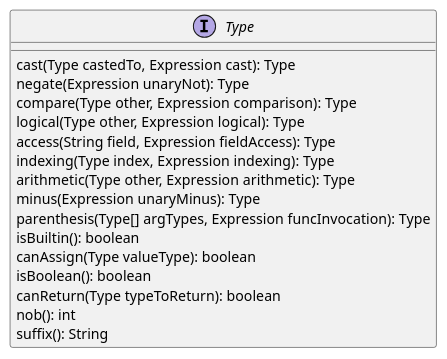
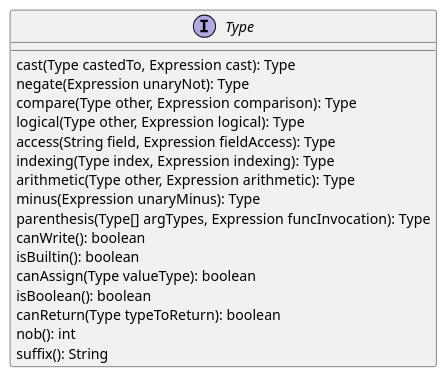
Before and after one commit to InigoGutierrez/CmmCompiler: the diagram in diagrams/type.pu, drawn with PlantUML. The commit also changed 15 other files, not shown here.

```diff
--- a/diagrams/type.pu
+++ b/diagrams/type.pu
@@ -1,23 +1,24 @@
 @startuml
 
 interface Type
 
 interface Type {
     cast(Type castedTo, Expression cast): Type
     negate(Expression unaryNot): Type
     compare(Type other, Expression comparison): Type
     logical(Type other, Expression logical): Type
     access(String field, Expression fieldAccess): Type
     indexing(Type index, Expression indexing): Type
     arithmetic(Type other, Expression arithmetic): Type
     minus(Expression unaryMinus): Type
     parenthesis(Type[] argTypes, Expression funcInvocation): Type
+    canWrite(): boolean
     isBuiltin(): boolean
     canAssign(Type valueType): boolean
     isBoolean(): boolean
     canReturn(Type typeToReturn): boolean
     nob(): int
     suffix(): String
 }
 
 @enduml
```
